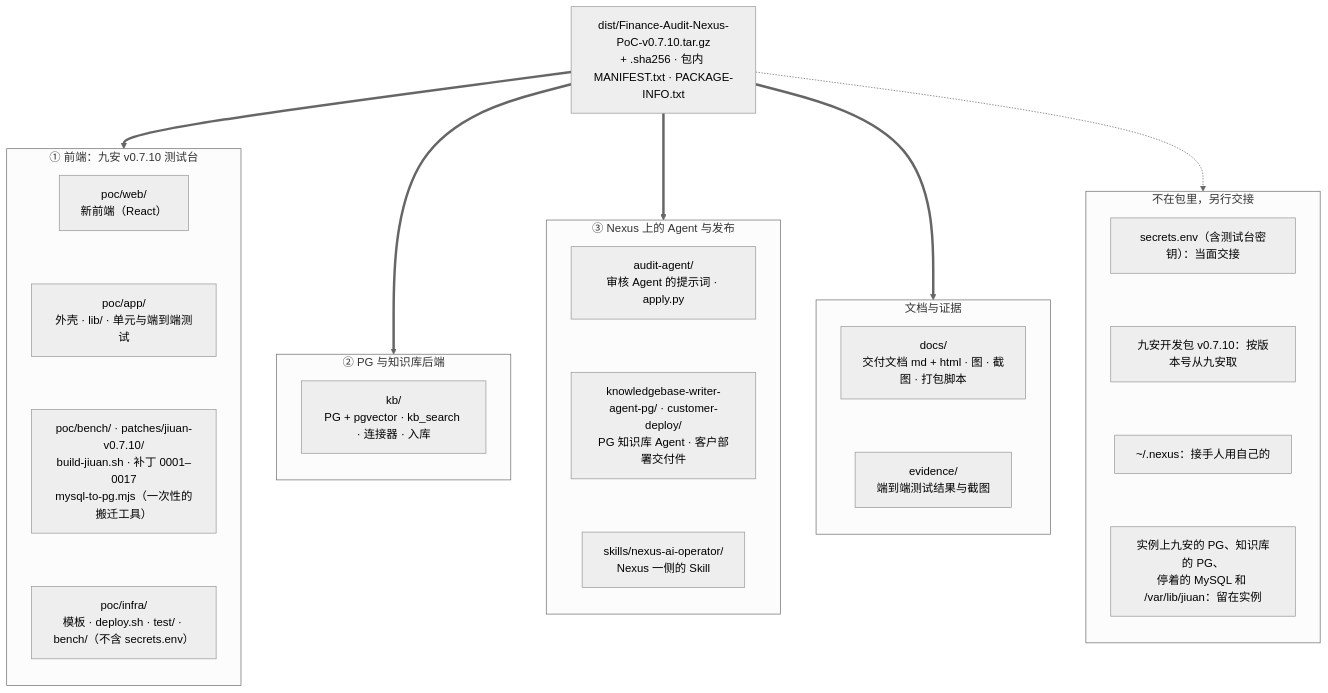
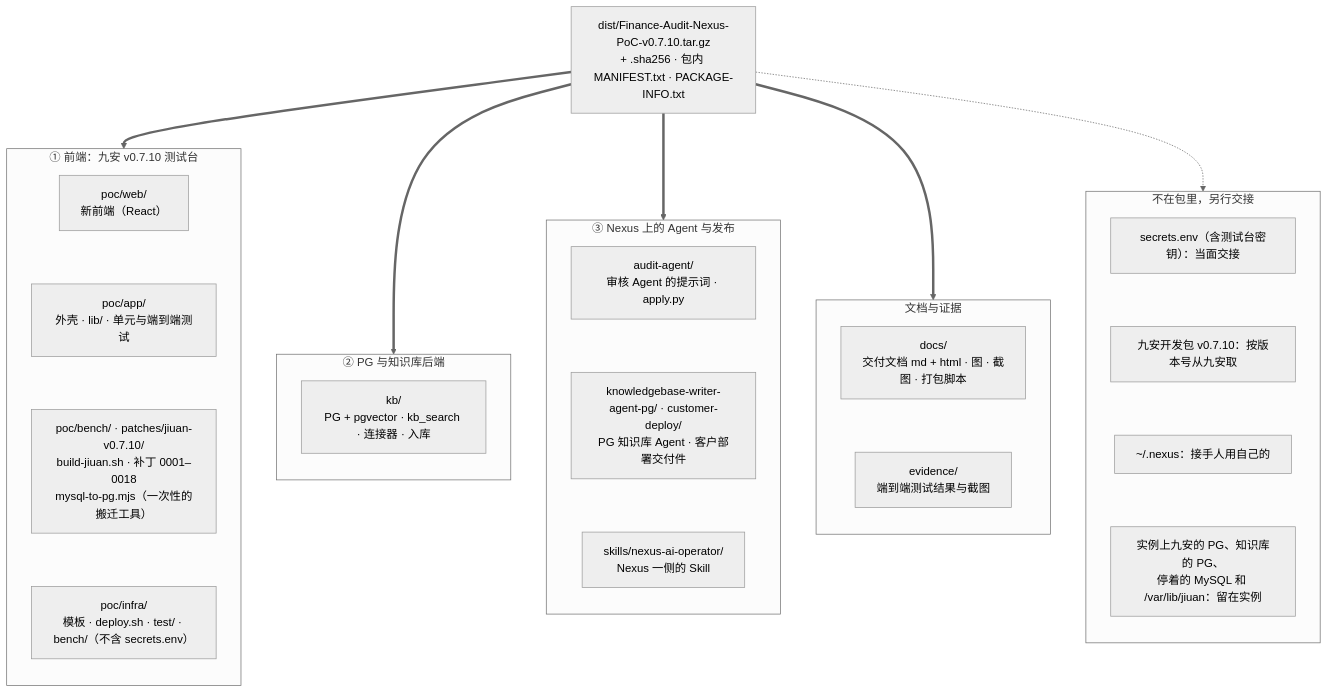
One commit to LiboMa/nexus-jiuan-agent-framework-poc changed the diagram in docs/assets/diagrams/package-contents.mmd. Above: the diagram before and after it, drawn with Mermaid (neutral theme). The commit also changed 24 other files, not shown here.

```diff
--- a/docs/assets/diagrams/package-contents.mmd
+++ b/docs/assets/diagrams/package-contents.mmd
@@ -1,43 +1,43 @@
 flowchart TB
   pkg["dist/Finance-Audit-Nexus-PoC-v0.7.10.tar.gz<br/>+ .sha256 · 包内 MANIFEST.txt · PACKAGE-INFO.txt"]
   subgraph front["① 前端：九安 v0.7.10 测试台"]
     direction TB
     web["poc/web/<br/>新前端（React）"]
     app["poc/app/<br/>外壳 · lib/ · 单元与端到端测试"]
-    bench["poc/bench/ · patches/jiuan-v0.7.10/<br/>build-jiuan.sh · 补丁 0001–0017<br/>mysql-to-pg.mjs（一次性的搬迁工具）"]
+    bench["poc/bench/ · patches/jiuan-v0.7.10/<br/>build-jiuan.sh · 补丁 0001–0018<br/>mysql-to-pg.mjs（一次性的搬迁工具）"]
     infra["poc/infra/<br/>模板 · deploy.sh · test/ · bench/（不含 secrets.env）"]
   end
   subgraph back["② PG 与知识库后端"]
     direction TB
     kb["kb/<br/>PG + pgvector · kb_search · 连接器 · 入库"]
   end
   subgraph agents["③ Nexus 上的 Agent 与发布"]
     direction TB
     aa["audit-agent/<br/>审核 Agent 的提示词 · apply.py"]
     pga["knowledgebase-writer-agent-pg/ · customer-deploy/<br/>PG 知识库 Agent · 客户部署交付件"]
     op["skills/nexus-ai-operator/<br/>Nexus 一侧的 Skill"]
   end
   subgraph docsg["文档与证据"]
     direction TB
     delivery["docs/<br/>交付文档 md + html · 图 · 截图 · 打包脚本"]
     ev["evidence/<br/>端到端测试结果与截图"]
   end
   subgraph outg["不在包里，另行交接"]
     direction TB
     o1["secrets.env（含测试台密钥）：当面交接"]
     o2["九安开发包 v0.7.10：按版本号从九安取"]
     o3["~/.nexus：接手人用自己的"]
     o4["实例上九安的 PG、知识库的 PG、<br/>停着的 MySQL 和 /var/lib/jiuan：留在实例"]
   end
   pkg ==> front
   pkg ==> back
   pkg ==> agents
   pkg ==> docsg
   pkg -.-> outg
   web ~~~ app ~~~ bench ~~~ infra
   aa ~~~ pga ~~~ op
   delivery ~~~ ev
   o1 ~~~ o2 ~~~ o3 ~~~ o4
   class pkg nexus
   class web,app,bench,infra,kb,aa,pga,op,delivery,ev poc
   class o1,o2,o3,o4 risk
```
